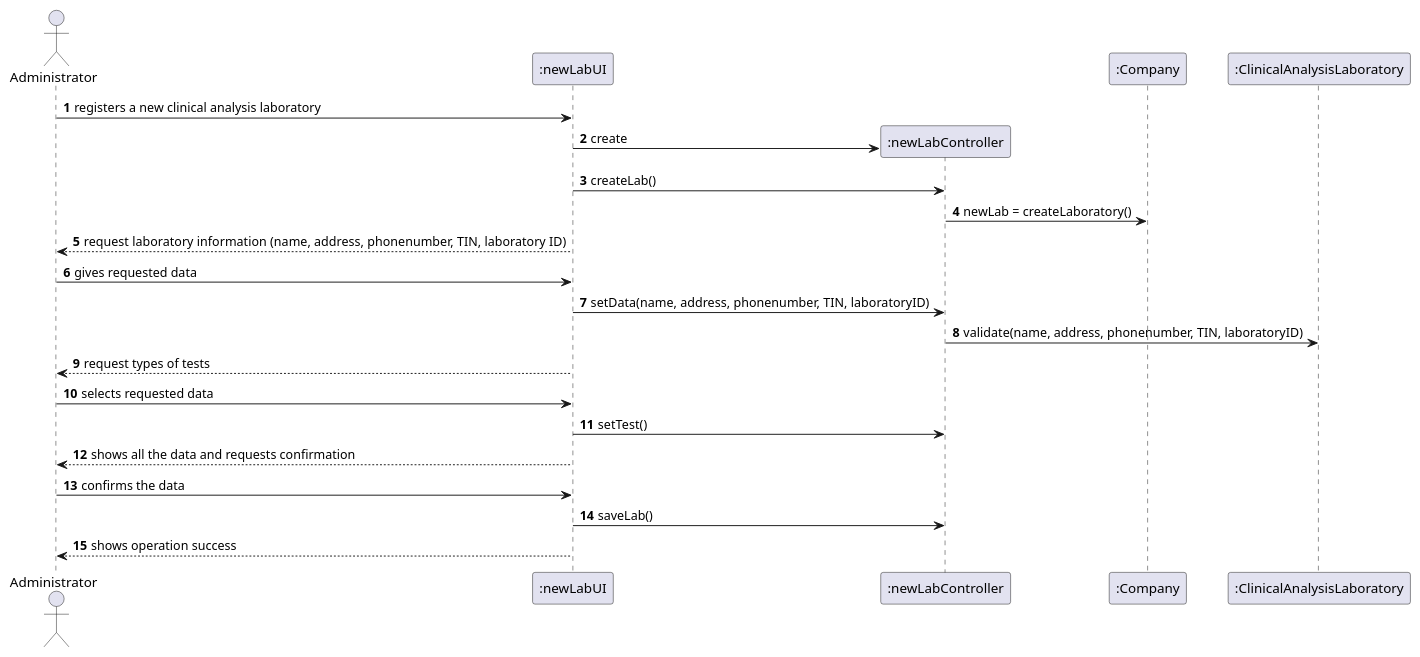
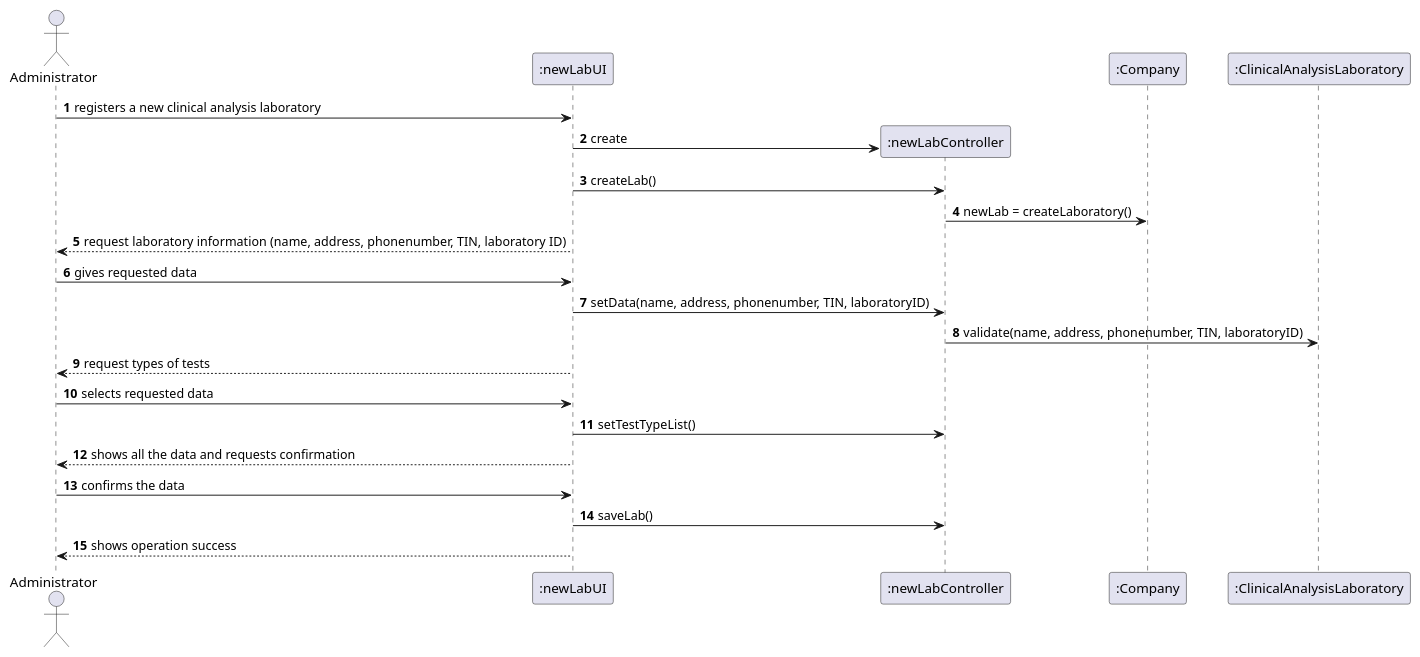
Before and after one commit to MadDinosaur/ISEP-LAPR2: the diagram in docs/SprintB/US8/US8_SD.puml, drawn with PlantUML. The commit also changed 5 other files, not shown here.

```diff
--- a/docs/SprintB/US8/US8_SD.puml
+++ b/docs/SprintB/US8/US8_SD.puml
@@ -1,26 +1,26 @@
 @startuml
 autonumber
 
 actor Administrator as admin
 participant ":newLabUI" as UI
 participant ":newLabController" as controller
 participant ":Company" as validate
 participant ":ClinicalAnalysisLaboratory" as lab
 
 admin -> UI : registers a new clinical analysis laboratory
 create controller
 UI -> controller : create
 UI -> controller : createLab()
 controller -> validate : newLab = createLaboratory()
 UI --> admin : request laboratory information (name, address, phonenumber, TIN, laboratory ID)
 admin -> UI : gives requested data
 UI -> controller : setData(name, address, phonenumber, TIN, laboratoryID)
 controller -> lab : validate(name, address, phonenumber, TIN, laboratoryID)
 UI --> admin : request types of tests
 admin -> UI : selects requested data
-UI -> controller : setTest()
+UI -> controller : setTestTypeList()
 UI --> admin : shows all the data and requests confirmation
 admin -> UI : confirms the data
 UI -> controller : saveLab()
 UI --> admin : shows operation success
 @enduml
```
